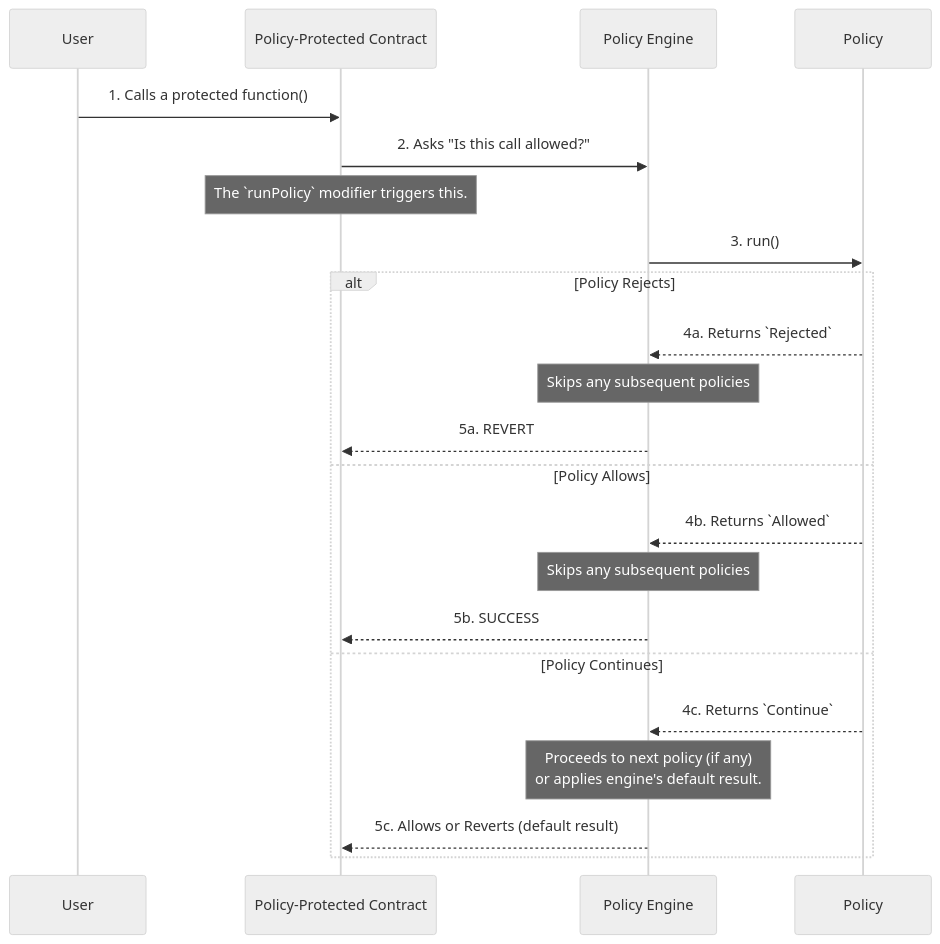
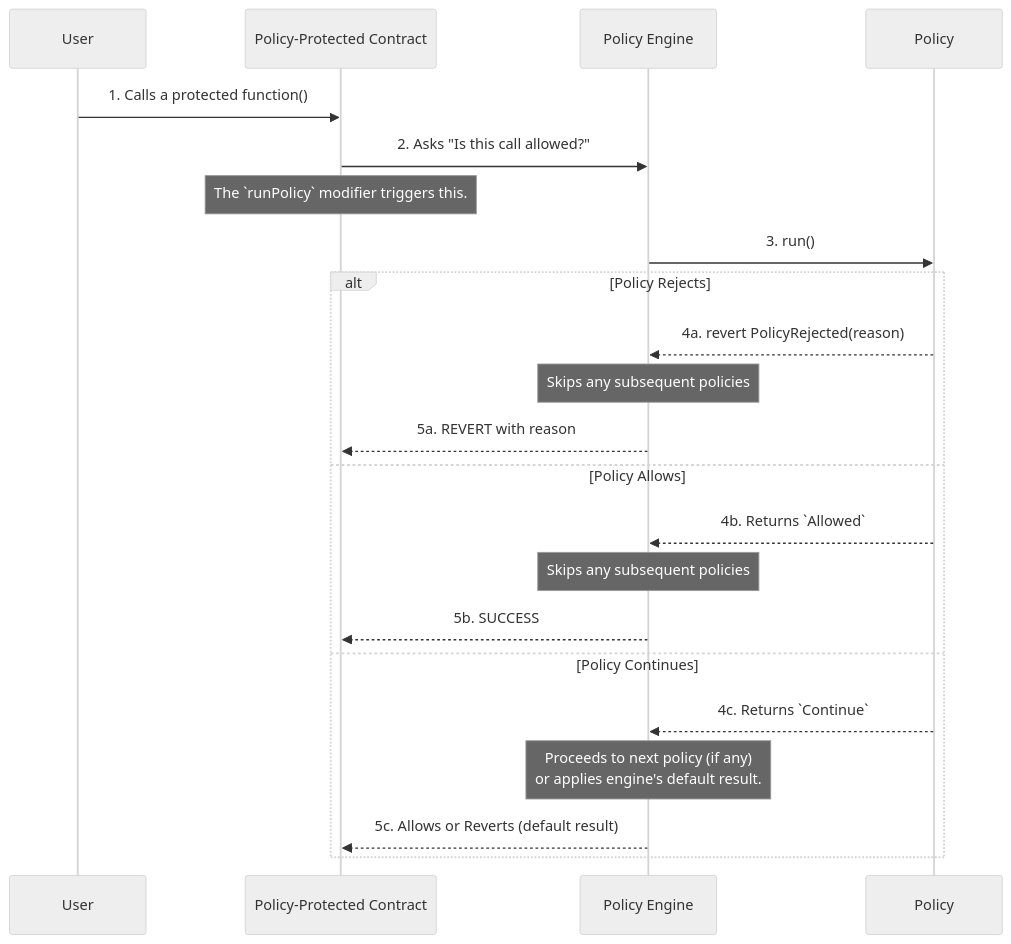
The diagram in packages/policy-management/README.md (yosrahelal/chainlink-ace-tests), drawn with Mermaid (neutral theme) before and after one commit. The commit also changed other lines of this file and 69 other files, not shown here.

````diff
--- a/packages/policy-management/README.md
+++ b/packages/policy-management/README.md
@@ -53,27 +53,27 @@
 ```mermaid
 sequenceDiagram
     participant User
     participant PolicyProtectedContract as Policy-Protected Contract
     participant PolicyEngine as Policy Engine
     participant Policy1 as Policy
 
     User->>PolicyProtectedContract: 1. Calls a protected function()
     PolicyProtectedContract->>PolicyEngine: 2. Asks "Is this call allowed?"
     Note over PolicyProtectedContract: The `runPolicy` modifier triggers this.
 
     PolicyEngine->>Policy1: 3. run()
 
     alt Policy Rejects
-        Policy1-->>PolicyEngine: 4a. Returns `Rejected`
+        Policy1-->>PolicyEngine: 4a. revert PolicyRejected(reason)
         Note over PolicyEngine: Skips any subsequent policies
-        PolicyEngine-->>PolicyProtectedContract: 5a. REVERT
+        PolicyEngine-->>PolicyProtectedContract: 5a. REVERT with reason
     else Policy Allows
         Policy1-->>PolicyEngine: 4b. Returns `Allowed`
         Note over PolicyEngine: Skips any subsequent policies
         PolicyEngine-->>PolicyProtectedContract: 5b. SUCCESS
     else Policy Continues
         Policy1-->>PolicyEngine: 4c. Returns `Continue`
         Note over PolicyEngine: Proceeds to next policy (if any)<br/>or applies engine's default result.
         PolicyEngine-->>PolicyProtectedContract: 5c. Allows or Reverts (default result)
     end
 ```
````
